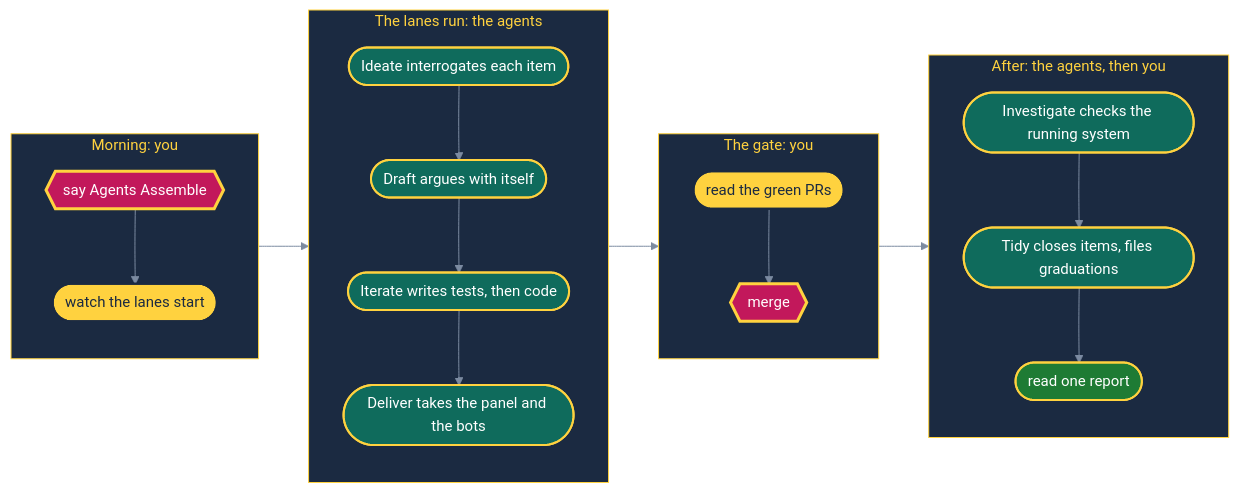
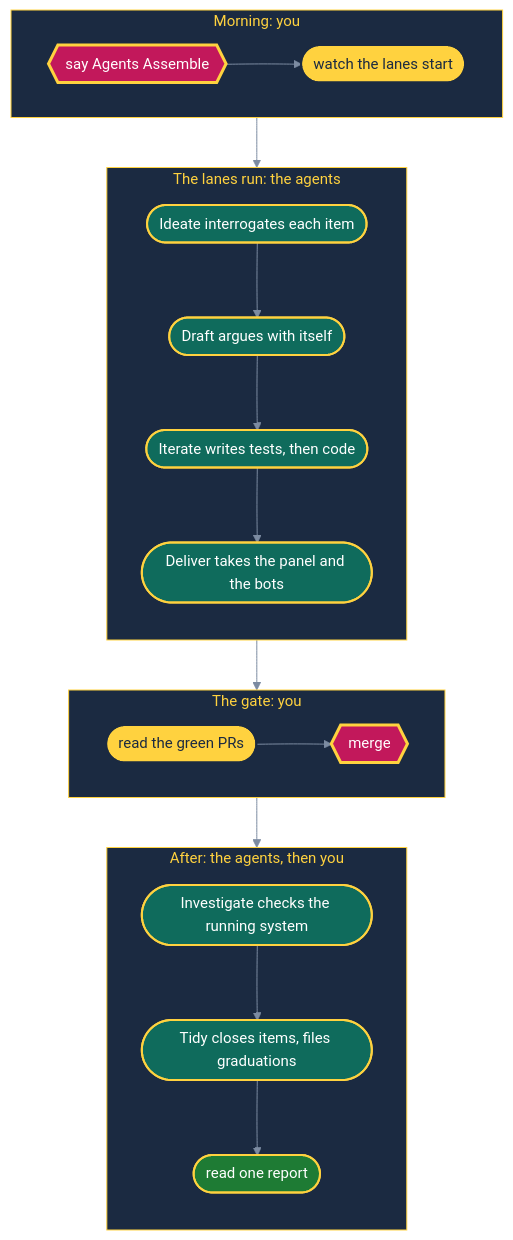
Before and after one commit to RubberDuckEngineering/ai-did-it: the fourth of 4 diagrams in docs/walkthrough.md, drawn with Mermaid. The commit also changed other lines of this file and 16 other files, not shown here.

````diff
--- a/docs/walkthrough.md
+++ b/docs/walkthrough.md
@@ -213,25 +213,25 @@
 ```mermaid
-%%{init: {"theme": "base", "themeVariables": {"fontSize": "15px", "primaryColor": "#FFF4D6", "primaryTextColor": "#1B2A41", "primaryBorderColor": "#1B2A41", "textColor": "#1B2A41", "lineColor": "#7C8BA1", "edgeLabelBackground": "#FFF4D6", "clusterBkg": "#1B2A41", "clusterBorder": "#FFD23F", "titleColor": "#FFD23F"}}}%%
-flowchart LR
+%%{init: {"theme": "base", "themeVariables": {"fontSize": "15px", "primaryColor": "#FFF4D6", "primaryTextColor": "#1B2A41", "primaryBorderColor": "#1B2A41", "textColor": "#1B2A41", "lineColor": "#7C8BA1", "edgeLabelBackground": "#FFF4D6", "clusterBkg": "#1B2A41", "clusterBorder": "#FFD23F", "titleColor": "#FFD23F"}, "flowchart": {"diagramPadding": 8}}}%%
+flowchart TB
     subgraph AM["Morning: you"]
-        direction TB
+        direction LR
         H1{{"say Agents Assemble"}}:::human --> H2(["watch the lanes start"]):::duck
     end
     subgraph DAY["The lanes run: the agents"]
         direction TB
         A1(["Ideate interrogates each item"]):::link --> A2(["Draft argues with itself"]):::link --> A3(["Iterate writes tests, then code"]):::link --> A4(["Deliver takes the panel and the bots"]):::link
     end
     subgraph GATE["The gate: you"]
-        direction TB
+        direction LR
         H3(["read the green PRs"]):::duck --> H4{{"merge"}}:::human
     end
     subgraph PM["After: the agents, then you"]
         direction TB
         A5(["Investigate checks the running system"]):::link --> A6(["Tidy closes items, files graduations"]):::link --> H5(["read one report"]):::ok
     end
     AM --> DAY --> GATE --> PM
     classDef duck fill:#FFD23F,color:#1B2A41,stroke:#1B2A41,stroke-width:2px
     classDef link fill:#0F6B5C,color:#FFFFFF,stroke:#FFD23F,stroke-width:2px
     classDef human fill:#C2185B,color:#FFFFFF,stroke:#FFD23F,stroke-width:3px
     classDef ok fill:#1E7B34,color:#FFFFFF,stroke:#FFD23F,stroke-width:2px
 ```
````
